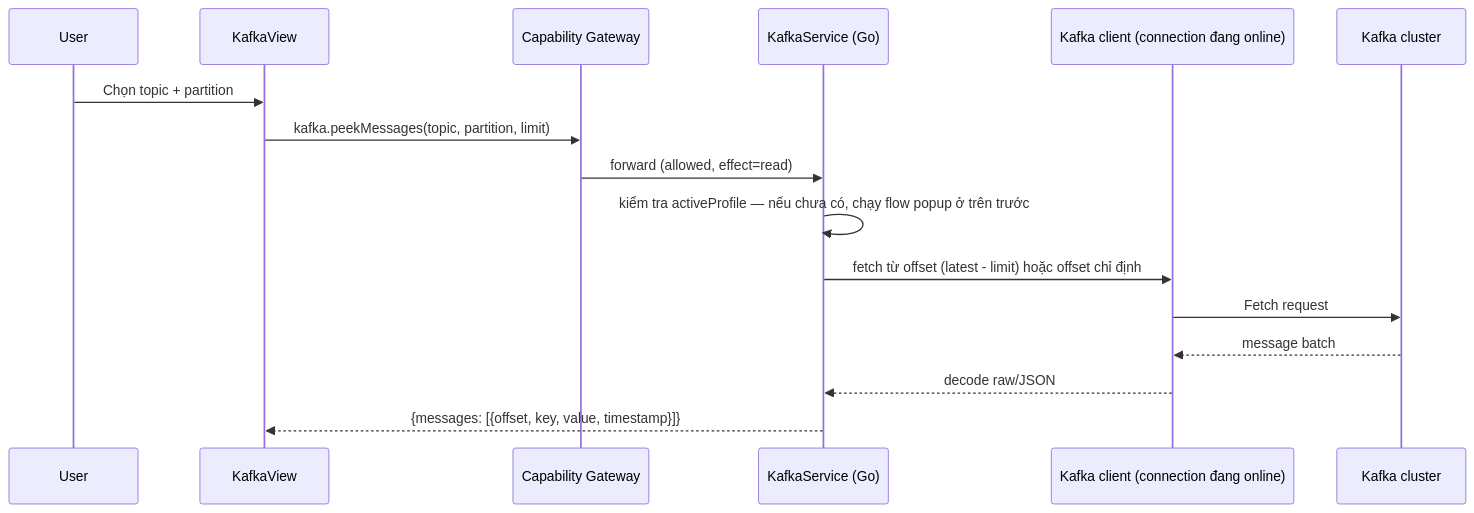
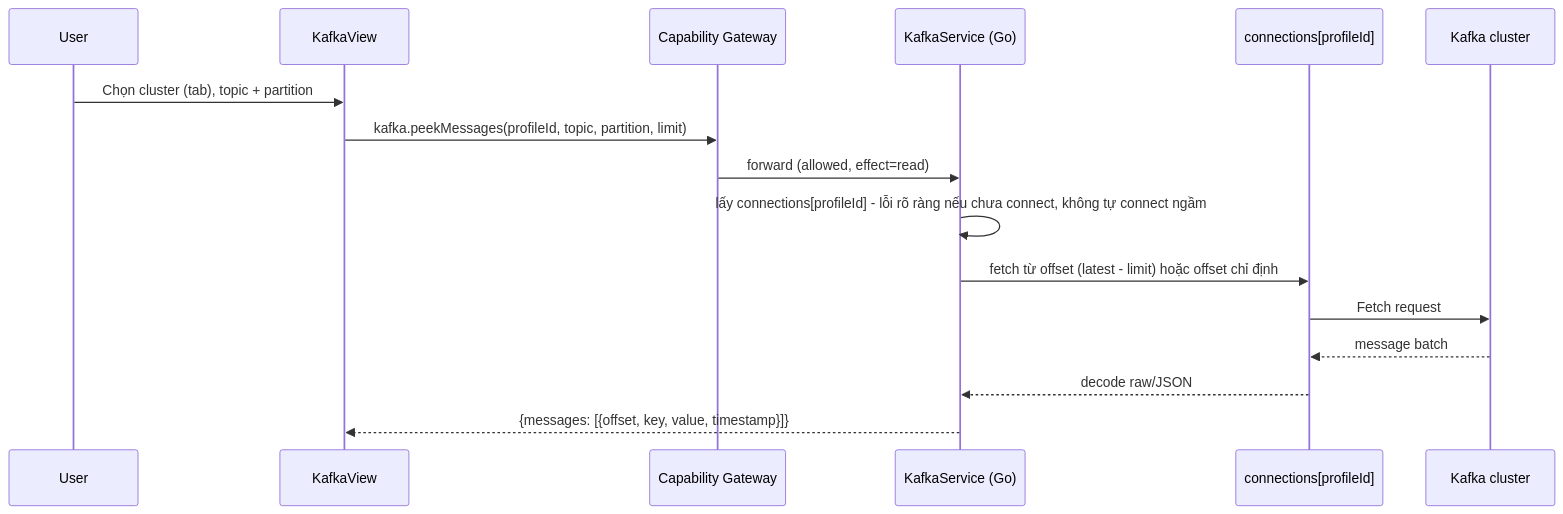
The fourth of 8 diagrams in content/projects/dev-kit/kafka.mdx (syurodev/base), drawn with Mermaid before and after one commit. The commit also changed other lines of this file and 6 other files, not shown here.

````diff
--- a/content/projects/dev-kit/kafka.mdx
+++ b/content/projects/dev-kit/kafka.mdx
@@ -166,19 +199,19 @@
 ```mermaid
 sequenceDiagram
   participant User
   participant UI as KafkaView
   participant GW as Capability Gateway
   participant Svc as KafkaService (Go)
-  participant Client as Kafka client (connection đang online)
+  participant Client as connections[profileId]
   participant Broker as Kafka cluster
 
-  User->>UI: Chọn topic + partition
-  UI->>GW: kafka.peekMessages(topic, partition, limit)
+  User->>UI: Chọn cluster (tab), topic + partition
+  UI->>GW: kafka.peekMessages(profileId, topic, partition, limit)
   GW->>Svc: forward (allowed, effect=read)
-  Svc->>Svc: kiểm tra activeProfile — nếu chưa có, chạy flow popup ở trên trước
+  Svc->>Svc: lấy connections[profileId] - lỗi rõ ràng nếu chưa connect, không tự connect ngầm
   Svc->>Client: fetch từ offset (latest - limit) hoặc offset chỉ định
   Client->>Broker: Fetch request
   Broker-->>Client: message batch
   Client-->>Svc: decode raw/JSON
   Svc-->>UI: {messages: [{offset, key, value, timestamp}]}
 ```
````
